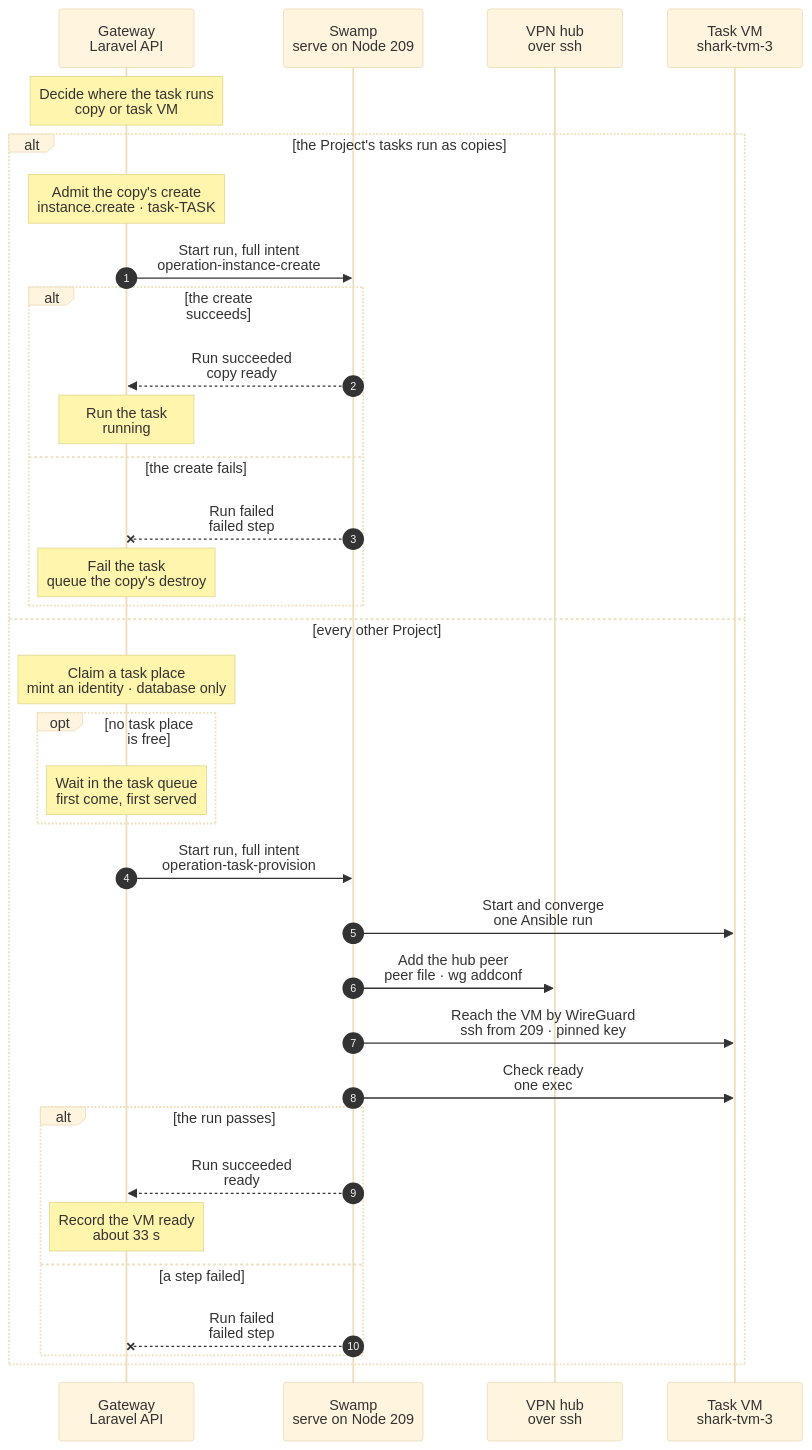
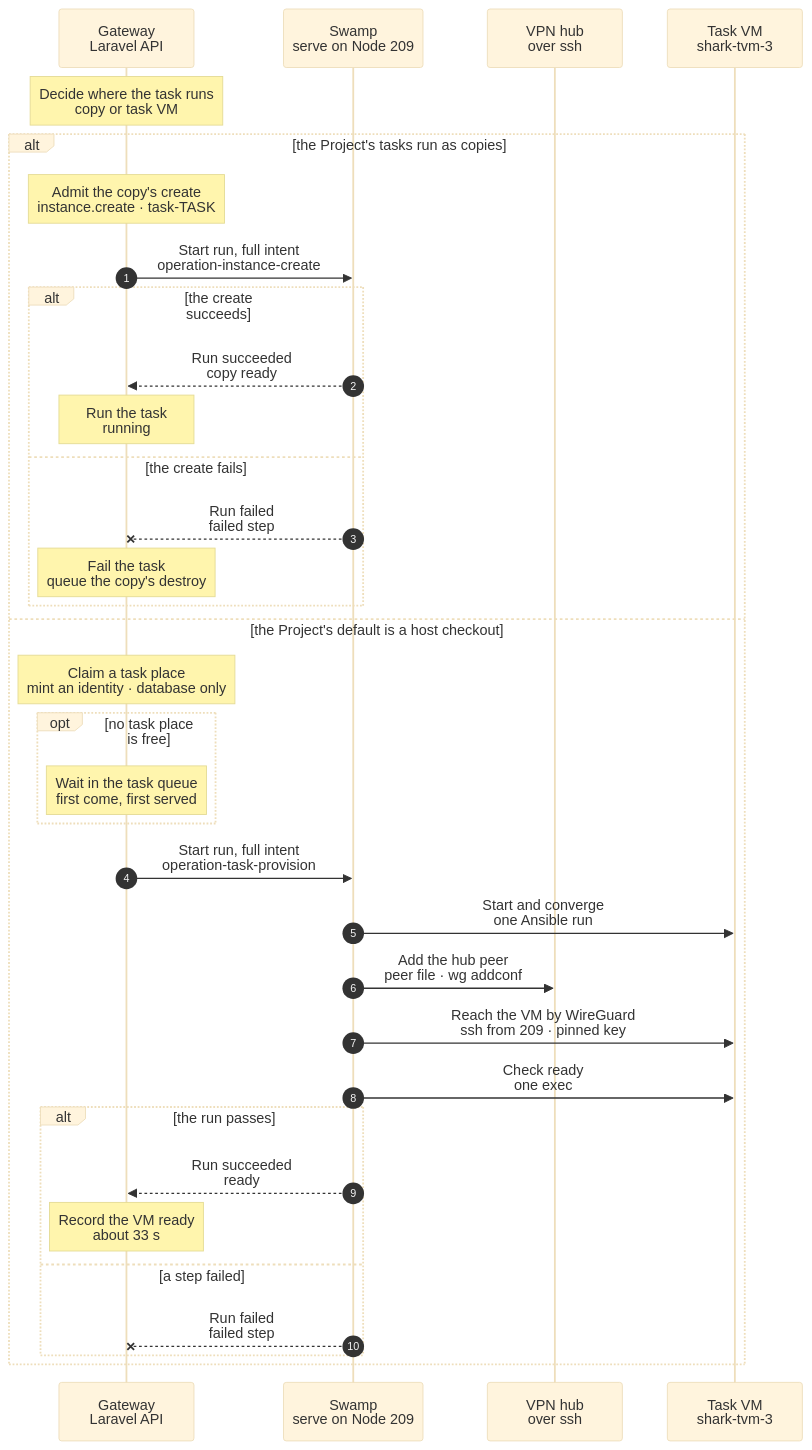
Before and after one commit to hardimpactdev/orbit: the diagram in docs/cli/task/start.mmd, drawn with Mermaid (base theme). The commit also changed 21 other files, not shown here.

First line of the commit message:
feat(tasks): a task of any container Project starts as a clone of its default (#3698)

```diff
--- a/docs/cli/task/start.mmd
+++ b/docs/cli/task/start.mmd
@@ -1,109 +1,110 @@
 sequenceDiagram
   %% Target design (agreed with Nick, 2026-11-07): a task start copies the host's base VM snapshot and gives the copy a fresh identity. There are no fixed VM identities: a place is only room under the host's capacity (`task_places`), and the VM is named `<host>-tvm-<n>` by its place number.
   %% Orchestrator 2026-11-13: a task of a nested-fleet Project starts as a copy of its default Instance instead: a clone `task-<id>` that the task owns. Task VMs stay off in the live fleet.
+  %% Nick 2026-11-14: every Project whose default Instance is a container gets task groups as copies too; a plain clone, with no inner fleet.
   %% status: draft
   %% command: task:start
   %% kind: tasks.provision
   autonumber
   %% lane GW icon=gateway pill=intent tone=blue
   %% lane SW icon=workflow pill=executes tone=green
   %% lane HUB icon=server pill=target tone=purple
   %% lane VM icon=server pill=task VM tone=purple
   participant GW as Gateway<br/>Laravel API
   participant SW as Swamp<br/>serve on Node 209
   participant HUB as VPN hub<br/>over ssh
   participant VM as Task VM<br/>shark-tvm-3
   Note over GW: Decide where the task runs<br/>copy or task VM
   %%> What it does:
-  %%> - `InstancePlacement::taskRuntime` reads the Project's `nested_fleet` flag once: on, the task starts as a copy of the Project's default Instance; off, it takes a task VM
-  %%> - no other step reads the flag; the task VM steps refuse a copy Project as before
+  %%> - `InstancePlacement::taskRuntime` decides once: a Project with `nested_fleet` on, or whose default Instance is a container, starts the task as a copy of that default; a Project whose default is a host checkout takes a task VM
+  %%> - no other step decides it; later steps follow the group's own workspace, and the task VM steps still refuse only a nested-fleet Project
   alt the Project's tasks run as copies
     Note over GW: Admit the copy's create<br/>instance.create · task-TASK
     %%> Requirements:
     %%> - the task is in todo and holds no workspace; otherwise `tasks.not_todo` or `tasks.group_closed`
     %%> - the Project's default Instance is active and running, with a seed snapshot; otherwise HTTP 409 `tasks.copy_source_unavailable`, also for a stopped default, and nothing is recorded
     %%> - before the transaction, one bounded read of the default's container (at most about 6 s) confirms it runs: its power record can be stale after a stop by hand; a stopped, asleep or unreachable container refuses the same way
     %%> - no Instance is named `task-TASK` yet; otherwise `tasks.copy_name_taken`
-    %%> - the default's Node holds fewer task copies than the Gateway's `ORBIT_TASKS_COPIES_MAX` (default 1); every copy that a task owns counts, also one that fails or is being destroyed; otherwise `tasks.copy_capacity_full`, with no wait
+    %%> - for a nested-fleet Project only: the default's Node holds fewer nested-fleet task copies than the Gateway's `ORBIT_TASKS_COPIES_MAX` (default 1); every nested copy that a task owns counts, also one that fails or is being destroyed; otherwise `tasks.copy_capacity_full`, with no wait. A copy of any other Project is a plain clone: it neither counts nor waits
     %%> What it does:
     %%> - one transaction: the clone `task-TASK` on branch `task-TASK`, owned by the task and bound to it, the task `reserved`, and the `instance.create` Operation that `task:start` returns and follows
     %%> - Swamp starts the run only after that commit: a Gateway that stops before it leaves no record and no run
     %%> Result:
-    %%> - the create runs as every clone's does: the copy of the default's seed, its inner fleet when the Project has one, its T3 server registered with Conn (the container create chart)
+    %%> - the create runs as every clone's does: the copy of the default's seed, its own database, Route and Processes, its inner fleet when the Project has one, its T3 server registered with Conn (the container create chart)
     %%> - the copy's agent gets the fixed task model key, as every clone does: it is not per task
     GW->>SW: Start run, full intent<br/>operation-instance-create
     alt the create succeeds
       SW-->>GW: Run succeeded<br/>copy ready
       Note over GW: Run the task<br/>running
       %%> When:
       %%> - the create succeeded and the copy is `active`: fully set up, a nested copy with its healthy fleet; until then the task stays `reserved`
     else the create fails
       SW--xGW: Run failed<br/>failed step
       Note over GW: Fail the task<br/>queue the copy's destroy
       %%> On failure:
       %%> - every end of the create counts: a failed run, a start that Swamp refuses, a cancel before the run starts, an expired run budget
       %%> - the task is `failed` and still owns the copy; a queued job admits `instance:destroy` of the copy with force
       %%> - an expired budget changes nothing: the run may still be stopping, so the task stays `reserved` with its copy
       %%> - while the task keeps the copy, `task:cancel` admits its destroy, and `orbit instance:destroy ID --yes --force` does too
     end
-  else every other Project
+  else the Project's default is a host checkout
     Note over GW: Claim a task place<br/>mint an identity · database only
     %%> Started by:
     %%> - `task:start` for a todo group, from proof CI or feature work
     %%> Result:
     %%> - the claim itself refuses a Project with `nested_fleet` on with `operation.kind_unavailable` (503), for the other kinds that claim a place, such as `tasks.prep`: no place, identity, workspace, wait or Operation is recorded; a waiting Operation that reaches the claim fails with the same code
     %%> - a group of any Project but the proof Project is refused at once with `task_vm.project_unsupported`: the base carries only the proof Project's checkout, so no free place can serve it, and it never joins the wait queue
     %%> - a task place in the separate task pool; a full pool waits up to two hours without an identity or workspace
     %%> - the lowest free place number under the capacity of the host with the most room: `shark-tvm-3`
     %%> - a fresh identity: the Node record with its `app-dev` role, a WireGuard key pair, the agent secret and an SSH host key, pinned on the Node from the start so nothing is read back
     %%> - the claim's Pi token and Pi models file in the vault; the file holds the model router guard origin and the one fixed model key, the same for every VM
     opt no task place is free
       Note over GW: Wait in the task queue<br/>first come, first served
       %%> What it does:
       %%> - records the Operation as `waiting`, with the caller's request as its input; no VM, identity or workspace yet
       %%> - retries the claim every 20 s, in queue order, for up to two hours; then fails with `tasks.capacity_timeout`
       %%> Returns:
       %%> - `operation:show` gives the input, `poll_after_seconds` 20 and `capacity_wait`: the queue position and the groups that hold the task places, each with its status and last activity
       %%> - `task:show` gives the same `capacity_wait` on the group; `task:status` gives the places of every host and the whole queue
       %%> Next:
       %%> - a place frees when a holder publishes, ends or is cancelled; the claim then runs as above
     end
     GW->>SW: Start run, full intent<br/>operation-task-provision
     SW->>VM: Start and converge<br/>one Ansible run
     %%> What it does:
     %%> - one `ansible-playbook` run with two parts, and no second start: the host part runs on the task VM host over ssh, then the converge runs on the VM over WireGuard
     %%> - host part: `incus copy` of the base VM's recorded snapshot and a clone of its seed snapshot (ZFS clones); an identity volume of the VM with the identity and the claim (the Pi token and the Pi models file), pushed from the vault on stdin; then `incus start`. It waits for nothing in the guest
     %%> - Pi calls the guard with the fixed key from the VM's own WireGuard address; the start makes no model router call and registers no key
     %%> - at boot, the base's `orbit-identity` unit applies the identity volume before sshd, WireGuard and the agent start, then unmounts it; sshd answers over WireGuard about 12 s after the start (measured 2026-11-07)
     %%> - the containers start by themselves (`boot.autostart`) and already hold the proof Swamp Club key of the base
     %%> - converge part: the same Ansible converge as the release refresh, with the address and host key of the admission; it waits up to 300 s for a successful SSH connection over WireGuard, polling every second, then waits for cloud-init; a fast boot continues at once
     %%> - the glue is one write of the intent and the step that builds the playbook input and starts Ansible; nothing is read from the host
     %%> - with no delta every part is skipped, each phase as one skipped task (a dynamic include), and it catches up a small delta when main moved since the last release
     %%> - the nested Gateway's services restart only when `apps/gateway` changed since the base, and its agent delivery manifest is placed only when the pinned agent build changed; a commit that changes neither does neither
     %%> - the containers' `base` snapshots belong to the refresh: a task start never retakes them
     %%> - then the new task branch on the checkout; it waits for no nested service
     SW->>HUB: Add the hub peer<br/>peer file · wg addconf
     %%> Runs beside the step before it: Swamp starts both at once.
     %%> What it does:
     %%> - the VM's public key and address on the WireGuard hub, while the VM boots; the converge part waits for the connection, and the readiness steps below wait for this step
     SW->>VM: Reach the VM by WireGuard<br/>ssh from 209 · pinned key
     %%> What it does:
     %%> - the path every later step takes (sync, check, turn, script): ssh from a Swamp worker to the VM's WireGuard address with its pinned host key
     %%> - runs beside the readiness read
     SW->>VM: Check ready<br/>one exec
     %%> What it does:
     %%> - what a task needs: the agent, Pi, the tunnel and the three containers running; Swamp's `assert` decides
     %%> - the tunnel counts as up once WireGuard has a handshake with the hub; the hub answers no ping from a task VM
     alt the run passes
       SW-->>GW: Run succeeded<br/>ready
       Note over GW: Record the VM ready<br/>about 33 s
       %%> Measured 2026-11-07, three starts on a current base: 32-34 s from admission to ready, above the earlier target of 10-15 s:
       %%> - Swamp writes the intent 1 s; the Ansible run 28 s: its own start 2 s, host part 8 s, wait for sshd 12 s, converge 6 s; the playbook input is removed 2 s; readiness 2 s
       %%> - what is left to cut: the wait for sshd (VM boot) and the host part (about 14 `incus` calls for the identity)
       %%> - one start with a commit three commits past the base, with a changed migration, took 45 s: the nested Gateway's migrate 7 s and restart 1 s, and the rest in the checkout and the delta's work
     else a step failed
       SW--xGW: Run failed<br/>failed step
       %%> On failure:
       %%> - the release runs: the VM, its seed clone, its identity volume, the hub peer, the keys and the Node record go, and the place is free
     end
   end
```
